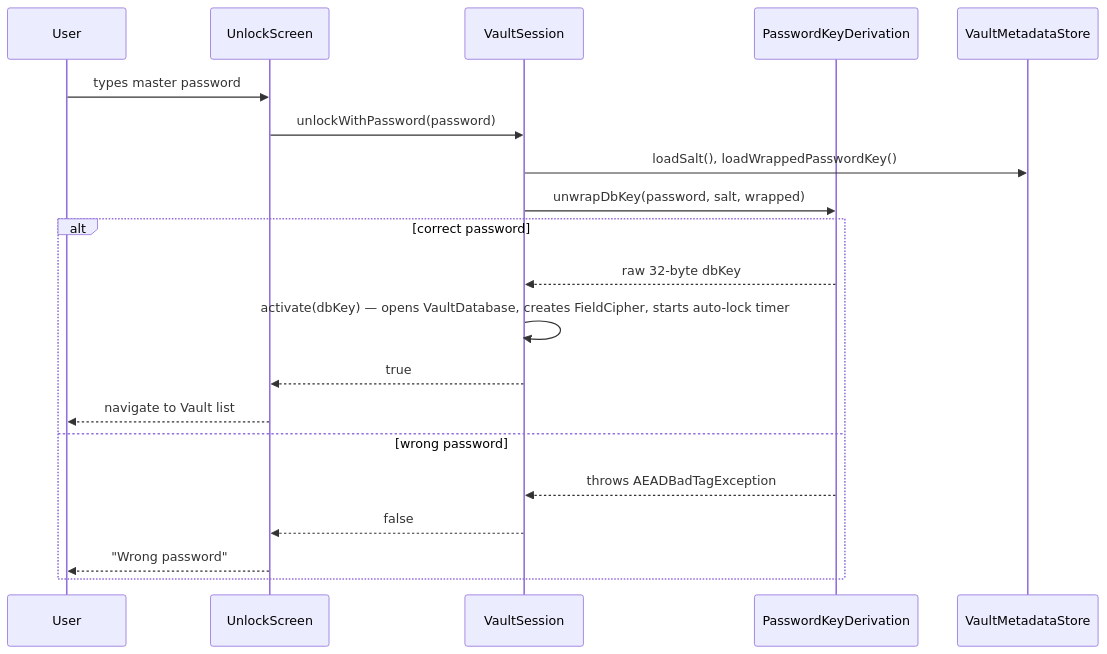
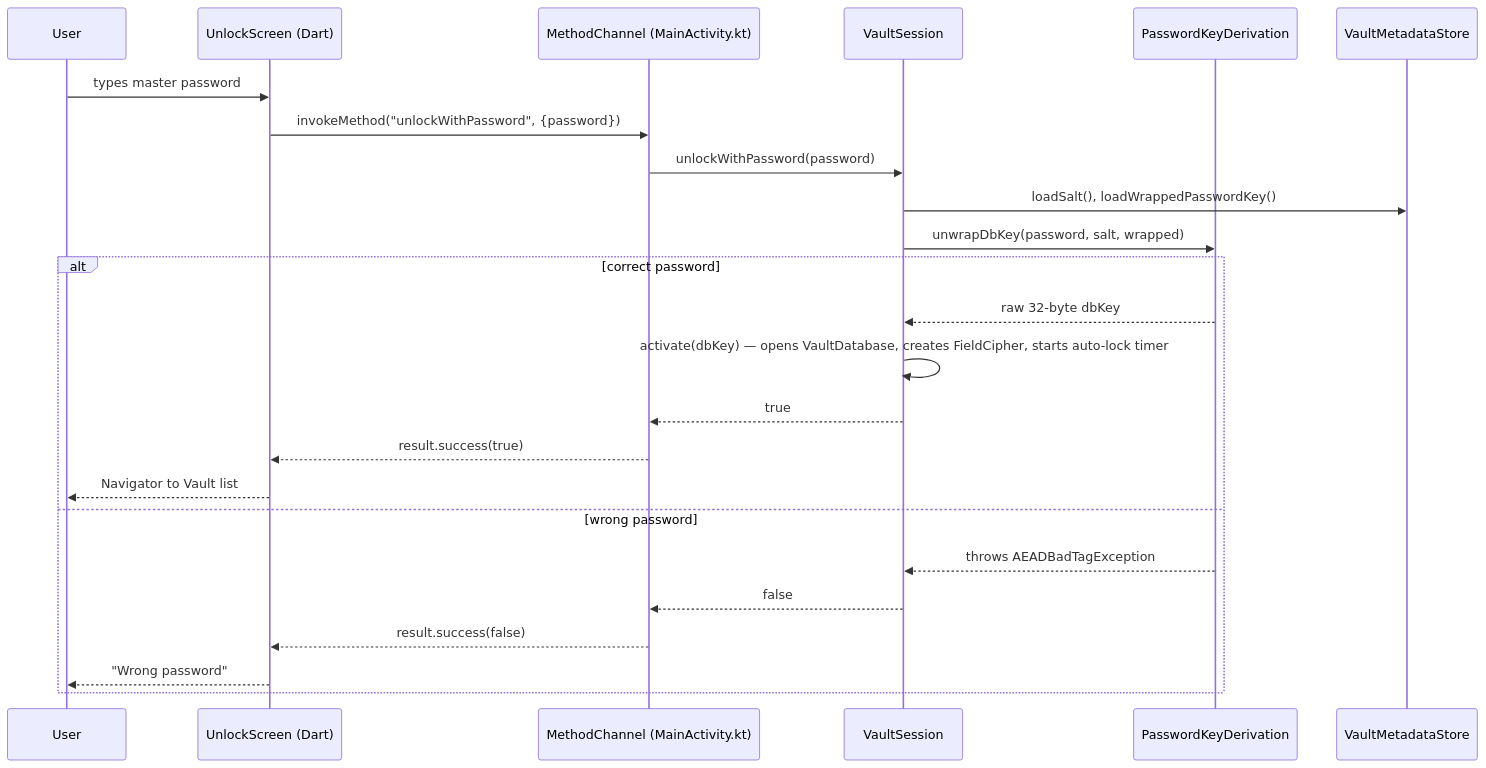
The fourth of 5 diagrams in DATA_FLOW.md (DevBehindYou/Vaultkey-Lite), drawn with Mermaid before and after one commit. The commit also changed other lines of this file and 100 other files, not shown here.

````diff
--- a/DATA_FLOW.md
+++ b/DATA_FLOW.md
@@ -79,23 +87,27 @@
 ```mermaid
 sequenceDiagram
     participant U as User
-    participant UI as UnlockScreen
+    participant UI as UnlockScreen (Dart)
+    participant CH as MethodChannel (MainActivity.kt)
     participant S as VaultSession
     participant PKD as PasswordKeyDerivation
     participant MD as VaultMetadataStore
 
     U->>UI: types master password
-    UI->>S: unlockWithPassword(password)
+    UI->>CH: invokeMethod("unlockWithPassword", {password})
+    CH->>S: unlockWithPassword(password)
     S->>MD: loadSalt(), loadWrappedPasswordKey()
     S->>PKD: unwrapDbKey(password, salt, wrapped)
     alt correct password
         PKD-->>S: raw 32-byte dbKey
         S->>S: activate(dbKey) — opens VaultDatabase, creates FieldCipher, starts auto-lock timer
-        S-->>UI: true
-        UI-->>U: navigate to Vault list
+        S-->>CH: true
+        CH-->>UI: result.success(true)
+        UI-->>U: Navigator to Vault list
     else wrong password
         PKD-->>S: throws AEADBadTagException
-        S-->>UI: false
+        S-->>CH: false
+        CH-->>UI: result.success(false)
         UI-->>U: "Wrong password"
     end
 ```
````
